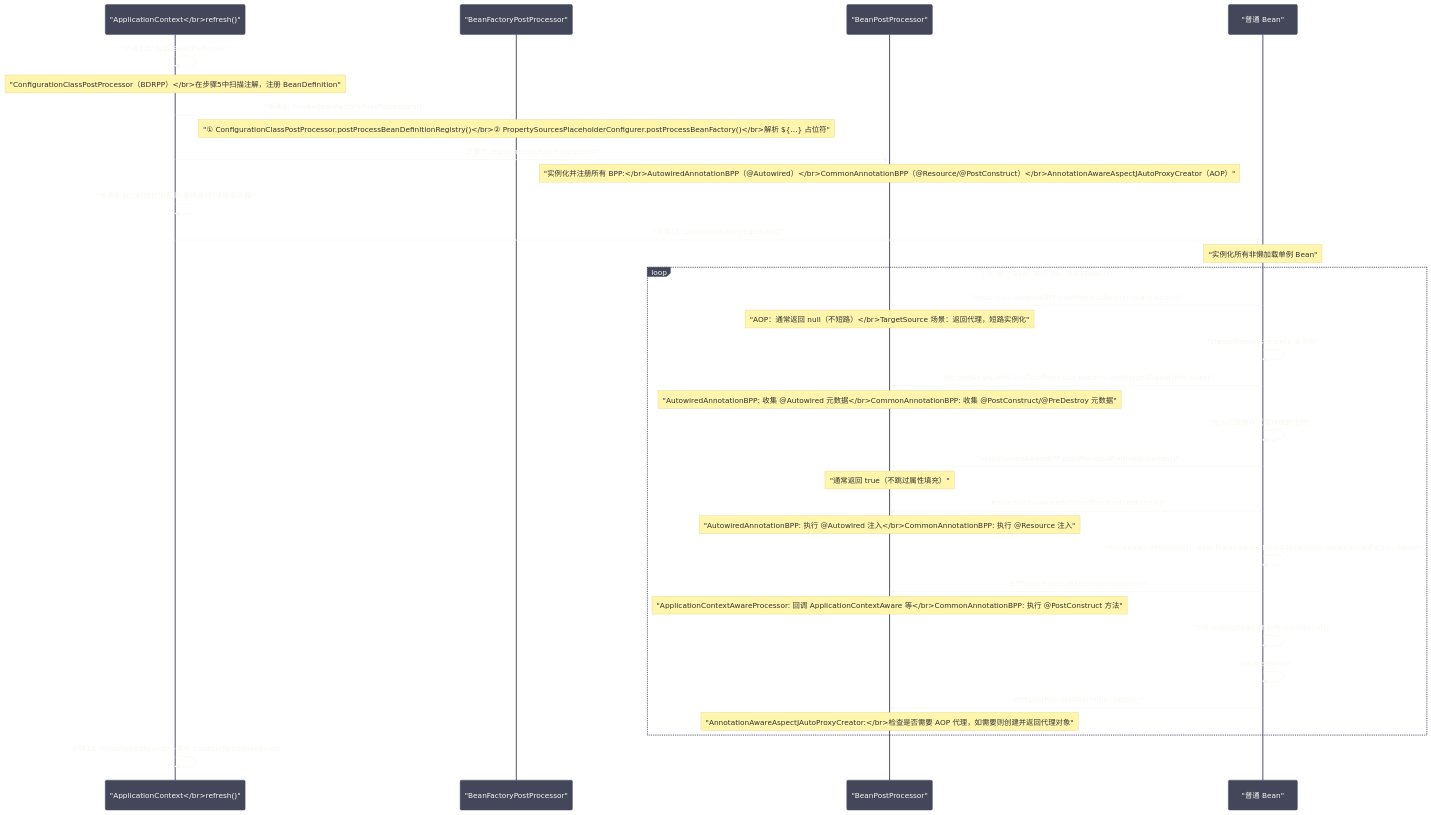
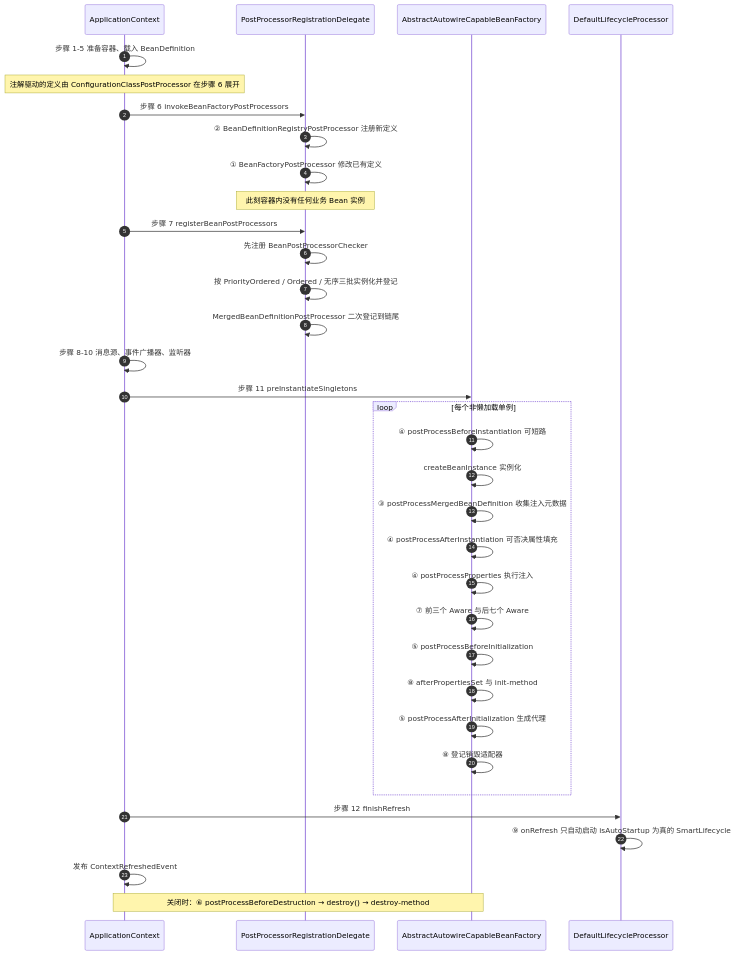
One commit to hpliStartAgain/my-brain changed the first of 5 diagrams in content/Java/SpringCore/10 Spring扩展点全景——BeanPostProcessor、BeanFactoryPostProcessor与Aware接口.md. Above: the diagram before and after it, drawn with Mermaid. The commit also changed other lines of this file and 455 other files, not shown here.

````diff
--- a/content/Java/SpringCore/10 Spring扩展点全景——BeanPostProcessor、BeanFactoryPostProcessor与Aware接口.md
+++ b/content/Java/SpringCore/10 Spring扩展点全景——BeanPostProcessor、BeanFactoryPostProcessor与Aware接口.md
@@ -660,53 +52,44 @@
 ```mermaid
-%%{init: {'theme': 'base', 'themeVariables': {'primaryColor': '#6272a4', 'primaryTextColor': '#f8f8f2', 'primaryBorderColor': '#44475a', 'lineColor': '#bd93f9', 'secondaryColor': '#44475a', 'tertiaryColor': '#282a36', 'background': '#282a36', 'mainBkg': '#44475a', 'nodeBorder': '#6272a4', 'clusterBkg': '#282a36', 'titleColor': '#f8f8f2', 'edgeLabelBackground': '#44475a', 'fontFamily': 'monospace'}}}%%
+%%{init: {'theme': 'dracula'}}%%
 sequenceDiagram
-    participant CTX as "ApplicationContext</br>refresh()"
-    participant BFPP as "BeanFactoryPostProcessor"
-    participant BPP as "BeanPostProcessor"
-    participant BEAN as "普通 Bean"
+    autonumber
+    participant CTX as ApplicationContext
+    participant DEL as PostProcessorRegistrationDelegate
+    participant BF as AbstractAutowireCapableBeanFactory
+    participant LC as DefaultLifecycleProcessor
 
-    CTX->>CTX: "步骤1-5: 加载 BeanDefinition"
-    Note over CTX: "ConfigurationClassPostProcessor（BDRPP）</br>在步骤5中扫描注解，注册 BeanDefinition"
+    CTX->>CTX: 步骤 1-5 准备容器、载入 BeanDefinition
+    Note over CTX: 注解驱动的定义由 ConfigurationClassPostProcessor 在步骤 6 展开
 
-    CTX->>BFPP: "步骤6: invokeBeanFactoryPostProcessors()"
-    Note over BFPP: "① ConfigurationClassPostProcessor.postProcessBeanDefinitionRegistry()</br>② PropertySourcesPlaceholderConfigurer.postProcessBeanFactory()</br>解析 ${...} 占位符"
+    CTX->>DEL: 步骤 6 invokeBeanFactoryPostProcessors
+    DEL->>DEL: ② BeanDefinitionRegistryPostProcessor 注册新定义
+    DEL->>DEL: ① BeanFactoryPostProcessor 修改已有定义
+    Note over DEL: 此刻容器内没有任何业务 Bean 实例
 
-    CTX->>BPP: "步骤7: registerBeanPostProcessors()"
-    Note over BPP: "实例化并注册所有 BPP:</br>AutowiredAnnotationBPP（@Autowired）</br>CommonAnnotationBPP（@Resource/@PostConstruct）</br>AnnotationAwareAspectJAutoProxyCreator（AOP）"
+    CTX->>DEL: 步骤 7 registerBeanPostProcessors
+    DEL->>DEL: 先注册 BeanPostProcessorChecker
+    DEL->>DEL: 按 PriorityOrdered / Ordered / 无序三批实例化并登记
+    DEL->>DEL: MergedBeanDefinitionPostProcessor 二次登记到链尾
 
-    CTX->>CTX: "步骤8-10: 初始化消息源/事件总线/注册监听器"
+    CTX->>CTX: 步骤 8-10 消息源、事件广播器、监听器
 
-    CTX->>BEAN: "步骤11: preInstantiateSingletons()"
-    Note over BEAN: "实例化所有非懒加载单例 Bean"
-
-    loop "对每个 Bean 执行 doCreateBean()"
-        BEAN->>BPP: "InstantiationAwareBPP.postProcessBeforeInstantiation()"
-        Note over BPP: "AOP：通常返回 null（不短路）</br>TargetSource 场景：返回代理，短路实例化"
-
-        BEAN->>BEAN: "createBeanInstance(): 实例化"
-
-        BEAN->>BPP: "MergedBeanDefinitionPostProcessor.postProcessMergedBeanDefinition()"
-        Note over BPP: "AutowiredAnnotationBPP: 收集 @Autowired 元数据</br>CommonAnnotationBPP: 收集 @PostConstruct/@PreDestroy 元数据"
-
-        BEAN->>BEAN: "加入三级缓存（循环依赖支持）"
-
-        BEAN->>BPP: "InstantiationAwareBPP.postProcessAfterInstantiation()"
-        Note over BPP: "通常返回 true（不跳过属性填充）"
-
-        BEAN->>BPP: "InstantiationAwareBPP.postProcessProperties()"
-        Note over BPP: "AutowiredAnnotationBPP: 执行 @Autowired 注入</br>CommonAnnotationBPP: 执行 @Resource 注入"
-
-        BEAN->>BEAN: "invokeAwareMethods(): BeanNameAware/BeanClassLoaderAware/BeanFactoryAware"
-
-        BEAN->>BPP: "BPP.postProcessBeforeInitialization()"
-        Note over BPP: "ApplicationContextAwareProcessor: 回调 ApplicationContextAware 等</br>CommonAnnotationBPP: 执行 @PostConstruct 方法"
-
-        BEAN->>BEAN: "InitializingBean.afterPropertiesSet()"
-        BEAN->>BEAN: "init-method()"
-
-        BEAN->>BPP: "BPP.postProcessAfterInitialization()"
-        Note over BPP: "AnnotationAwareAspectJAutoProxyCreator:</br>检查是否需要 AOP 代理，如需要则创建并返回代理对象"
+    CTX->>BF: 步骤 11 preInstantiateSingletons
+    loop 每个非懒加载单例
+        BF->>BF: ④ postProcessBeforeInstantiation 可短路
+        BF->>BF: createBeanInstance 实例化
+        BF->>BF: ③ postProcessMergedBeanDefinition 收集注入元数据
+        BF->>BF: ④ postProcessAfterInstantiation 可否决属性填充
+        BF->>BF: ④ postProcessProperties 执行注入
+        BF->>BF: ⑦ 前三个 Aware 与后七个 Aware
+        BF->>BF: ⑤ postProcessBeforeInitialization
+        BF->>BF: ⑧ afterPropertiesSet 与 init-method
+        BF->>BF: ⑤ postProcessAfterInitialization 生成代理
+        BF->>BF: ⑧ 登记销毁适配器
     end
 
-    CTX->>CTX: "步骤12: finishRefresh()</br>发布 ContextRefreshedEvent"
+    CTX->>LC: 步骤 12 finishRefresh
+    LC->>LC: ⑨ onRefresh 只自动启动 isAutoStartup 为真的 SmartLifecycle
+    CTX->>CTX: 发布 ContextRefreshedEvent
+
+    Note over CTX,BF: 关闭时：⑥ postProcessBeforeDestruction → destroy() → destroy-method
 ```
````
